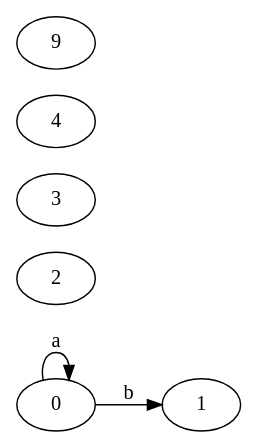
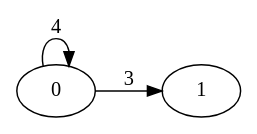
Before and after one commit to Shabanov-V/grammars: the diagram in data/simple4.dot, drawn with Graphviz. The commit also changed 7 other files, not shown here.

Commit message:
add graph grammatic input

```diff
--- a/data/simple4.dot
+++ b/data/simple4.dot
@@ -1,6 +1,6 @@
 digraph AST {
 rankdir=LR
-0; 1; 2; 3; 4; 9
-0 -> 0[label="a"]
-0 -> 1[label="b"]
+0; 1;
+0 -> 0[label="4"]
+0 -> 1[label="3"]
 }
```
